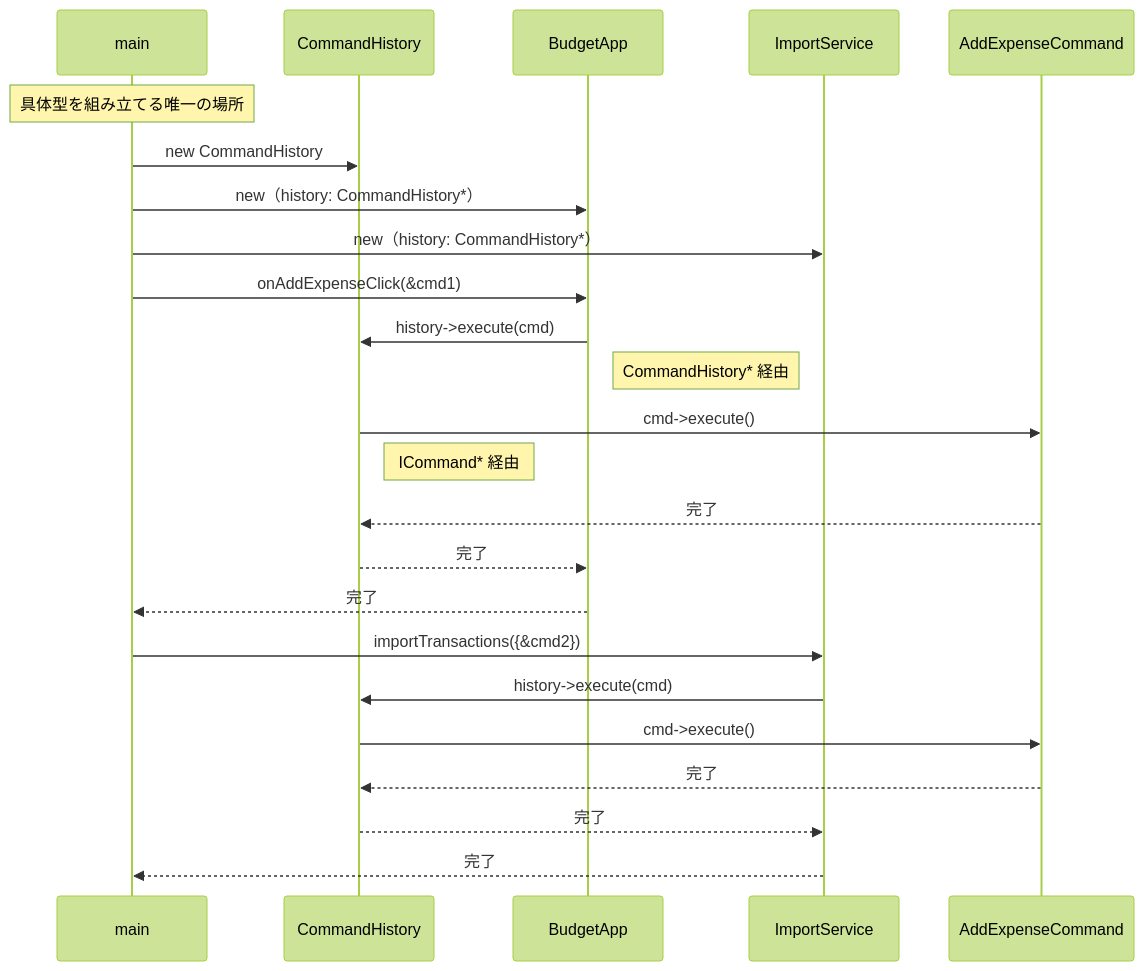
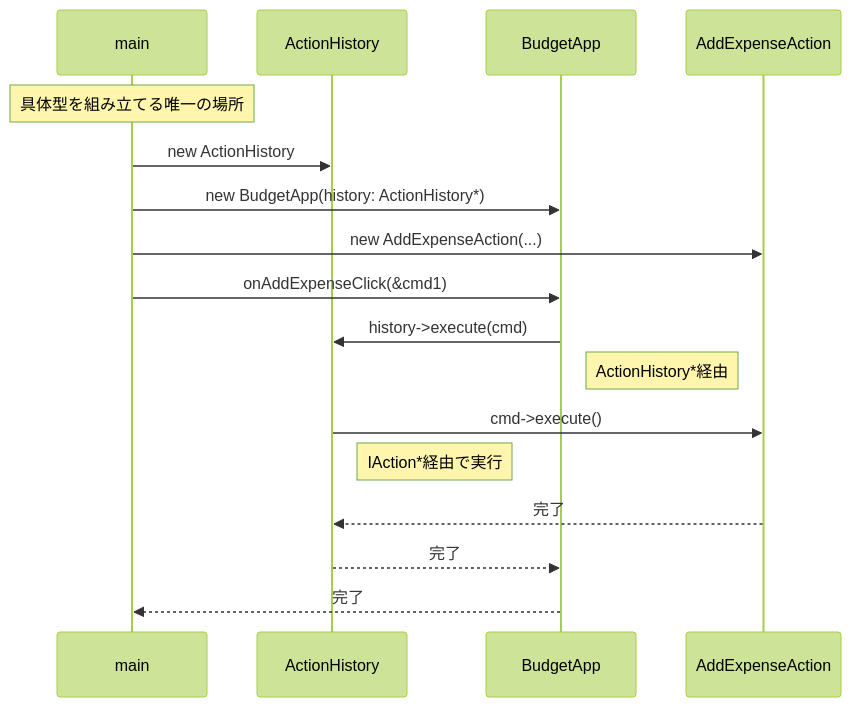
One commit to kumachan1101-pixel/DesignPattern changed the eighth of 10 diagrams in kindle/design-patterns/output/chapter05.md. Above: the diagram before and after it, drawn with Mermaid (forest theme). The commit also changed other lines of this file and 1 other file, not shown here.

````diff
--- a/kindle/design-patterns/output/chapter05.md
+++ b/kindle/design-patterns/output/chapter05.md
@@ -1022,26 +1280,19 @@
 ```mermaid
 sequenceDiagram
     participant main
-    participant CH as CommandHistory
+    participant CH as ActionHistory
     participant BA as BudgetApp
-    participant IS as ImportService
-    participant AEC as AddExpenseCommand
+    participant AEC as AddExpenseAction
     Note over main: 具体型を組み立てる唯一の場所
-    main->>CH: new CommandHistory
-    main->>BA: new（history: CommandHistory*）
-    main->>IS: new（history: CommandHistory*）
+    main->>CH: new ActionHistory
+    main->>BA: new BudgetApp(history: ActionHistory*)
+    main->>AEC: new AddExpenseAction(...)
     main->>BA: onAddExpenseClick(&cmd1)
     BA->>CH: history->execute(cmd)
-    Note right of BA: CommandHistory* 経由
+    Note right of BA: ActionHistory*経由
     CH->>AEC: cmd->execute()
-    Note right of CH: ICommand* 経由
+    Note right of CH: IAction*経由で実行
     AEC-->>CH: 完了
     CH-->>BA: 完了
     BA-->>main: 完了
-    main->>IS: importTransactions({&cmd2})
-    IS->>CH: history->execute(cmd)
-    CH->>AEC: cmd->execute()
-    AEC-->>CH: 完了
-    CH-->>IS: 完了
-    IS-->>main: 完了
 ```
````
